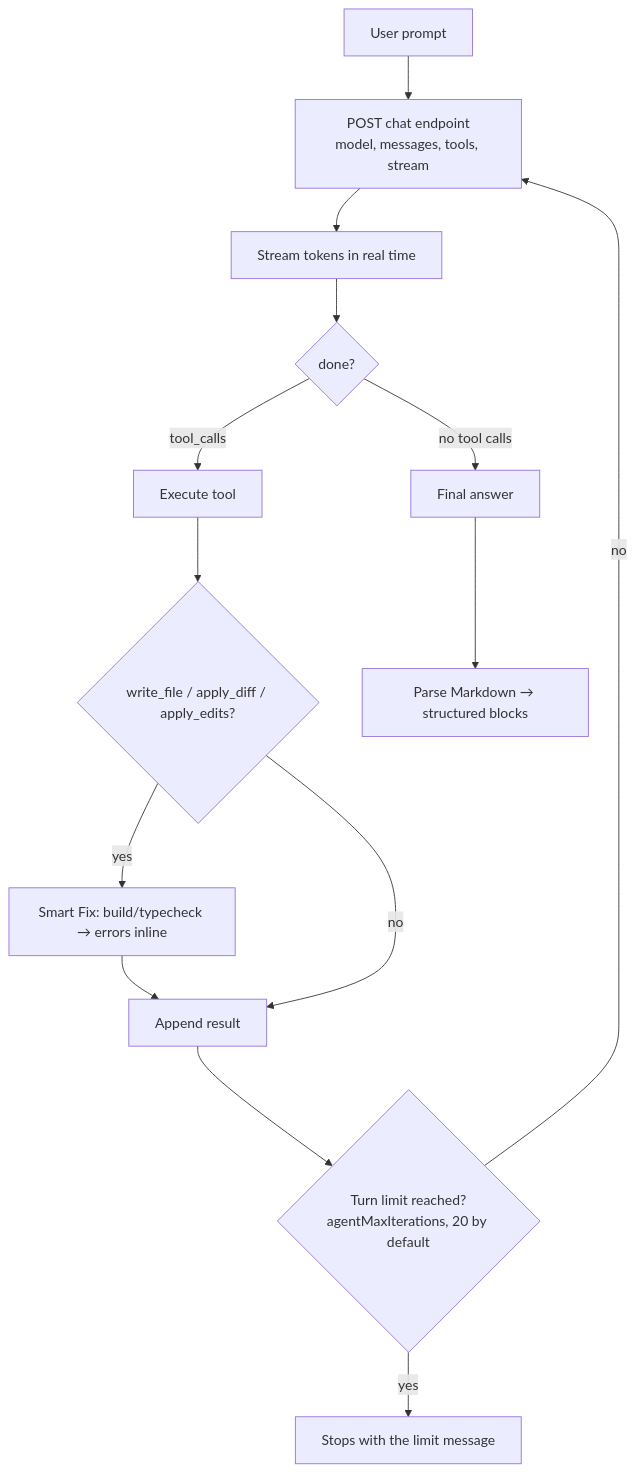
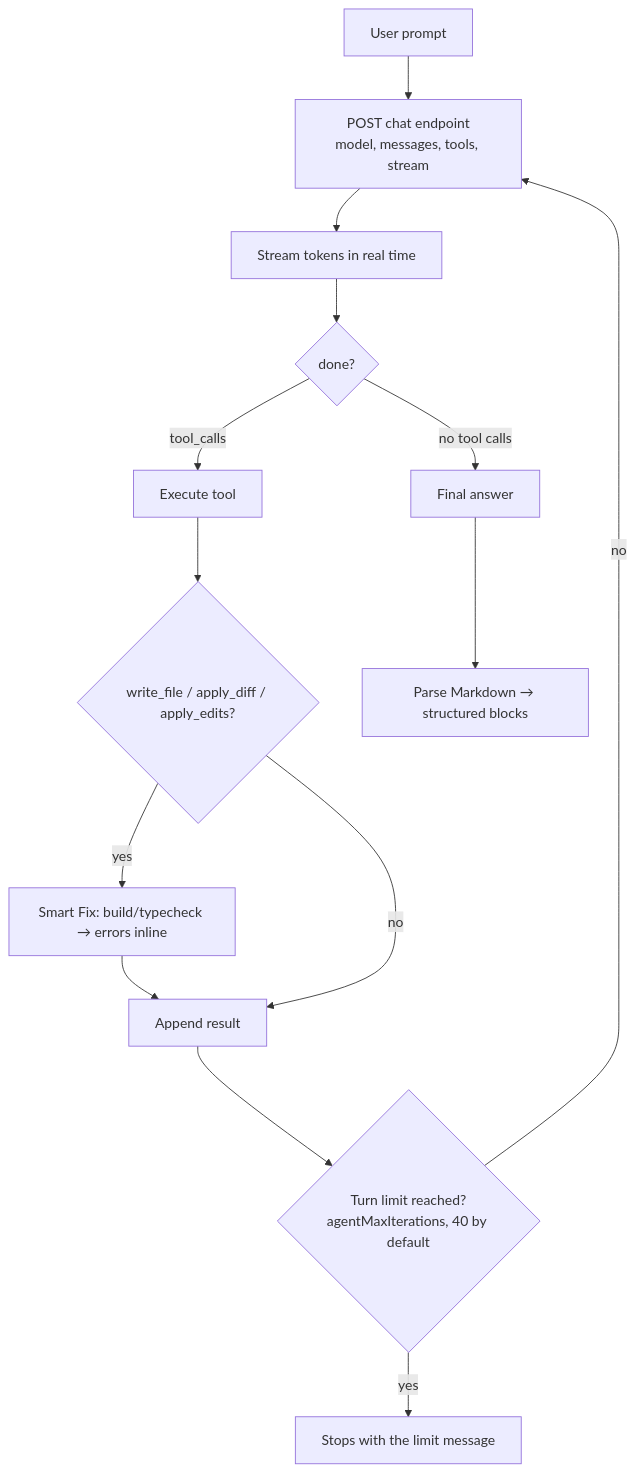
The second of 2 diagrams in docs/architecture.md (EstaxNet/Inferpal), drawn with Mermaid before and after one commit. The commit also changed 13 other files, not shown here.

````diff
--- a/docs/architecture.md
+++ b/docs/architecture.md
@@ -190,16 +190,16 @@
 ```mermaid
 flowchart TD
     p["User prompt"] --> req["POST chat endpoint<br/>model, messages, tools, stream"]
     req --> stream["Stream tokens in real time"]
     stream --> done{"done?"}
     done -- "tool_calls" --> exec["Execute tool"]
     exec --> smart{"write_file / apply_diff / apply_edits?"}
     smart -- "yes" --> fix["Smart Fix: build/typecheck → errors inline"]
     fix --> add["Append result"]
     smart -- "no" --> add
-    add --> cap{"Turn limit reached?<br/>agentMaxIterations, 20 by default"}
+    add --> cap{"Turn limit reached?<br/>agentMaxIterations, 40 by default"}
     cap -- "no" --> req
     cap -- "yes" --> stop["Stops with the limit message"]
     done -- "no tool calls" --> final["Final answer"]
     final --> render["Parse Markdown → structured blocks"]
 ```
````
